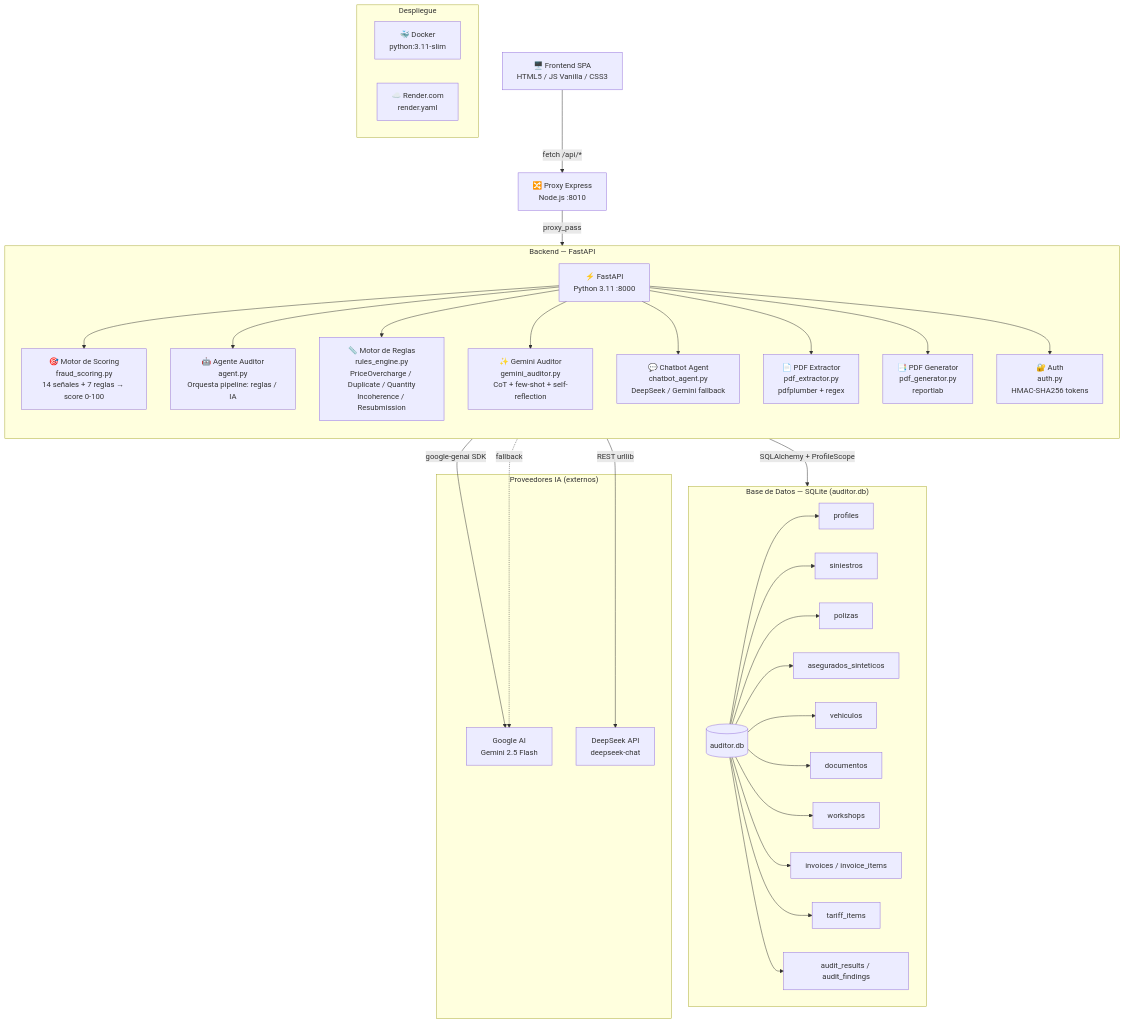
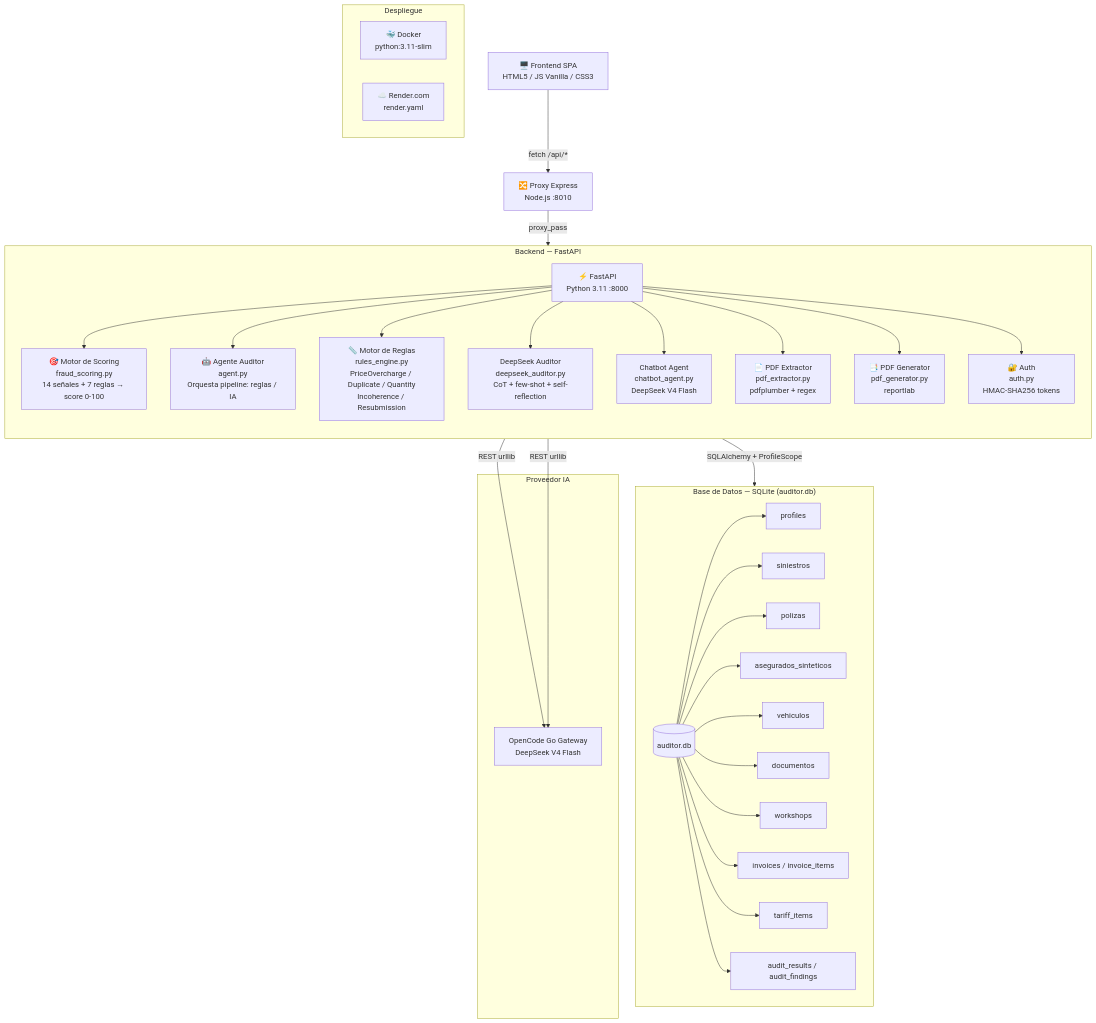
The first of 2 diagrams in docs/diagramas/diagrama_arquitectura.md (yosuSALA/Final-reto), drawn with Mermaid before and after one commit. The commit also changed 46 other files, not shown here.

Commit message:
Demo final: arranque portable, generador manual/auto, auditoria IA DeepSeek, guia paso a paso corregida, docs actualizados

````diff
--- a/docs/diagramas/diagrama_arquitectura.md
+++ b/docs/diagramas/diagrama_arquitectura.md
@@ -7,51 +7,49 @@
 ```mermaid
 graph TD
     UI["🖥️ Frontend SPA\nHTML5 / JS Vanilla / CSS3"]
     PROXY["🔀 Proxy Express\nNode.js :8010"]
     API["⚡ FastAPI\nPython 3.11 :8000"]
 
     UI -->|"fetch /api/*"| PROXY
     PROXY -->|"proxy_pass"| API
 
     subgraph BackendFastAPI["Backend — FastAPI"]
         direction TB
         API --> FraudEngine["🎯 Motor de Scoring\nfraud_scoring.py\n14 señales + 7 reglas → score 0-100"]
         API --> AuditAgent["🤖 Agente Auditor\nagent.py\nOrquesta pipeline: reglas / IA"]
         API --> RulesEngine["📏 Motor de Reglas\nrules_engine.py\nPriceOvercharge / Duplicate / Quantity\nIncoherence / Resubmission"]
-        API --> GeminiAuditor["✨ Gemini Auditor\ngemini_auditor.py\nCoT + few-shot + self-reflection"]
-        API --> Chatbot["💬 Chatbot Agent\nchatbot_agent.py\nDeepSeek / Gemini fallback"]
+        API --> DeepSeekAuditor["DeepSeek Auditor\ndeepseek_auditor.py\nCoT + few-shot + self-reflection"]
+        API --> Chatbot["Chatbot Agent\nchatbot_agent.py\nDeepSeek V4 Flash"]
         API --> PDFExtractor["📄 PDF Extractor\npdf_extractor.py\npdfplumber + regex"]
         API --> PDFGen["📑 PDF Generator\npdf_generator.py\nreportlab"]
         API --> Auth["🔐 Auth\nauth.py\nHMAC-SHA256 tokens"]
     end
 
     subgraph BaseDatos["Base de Datos — SQLite (auditor.db)"]
         direction LR
         DB[(auditor.db)]
         DB --> T1["profiles"]
         DB --> T2["siniestros"]
         DB --> T3["polizas"]
         DB --> T4["asegurados_sinteticos"]
         DB --> T5["vehiculos"]
         DB --> T6["documentos"]
         DB --> T7["workshops"]
         DB --> T8["invoices / invoice_items"]
         DB --> T9["tariff_items"]
         DB --> T10["audit_results / audit_findings"]
     end
 
-    subgraph IAProv["Proveedores IA (externos)"]
-        G["Google AI\nGemini 2.5 Flash"]
-        D["DeepSeek API\ndeepseek-chat"]
+    subgraph IAProv["Proveedor IA"]
+        D["OpenCode Go Gateway\nDeepSeek V4 Flash"]
     end
 
     API -->|"SQLAlchemy + ProfileScope"| DB
-    GeminiAuditor -->|"google-genai SDK"| G
+    DeepSeekAuditor -->|"REST urllib"| D
     Chatbot -->|"REST urllib"| D
-    Chatbot -.->|"fallback"| G
 
     subgraph Despliegue["Despliegue"]
         DOCKER["🐳 Docker\npython:3.11-slim"]
         RENDER["☁️ Render.com\nrender.yaml"]
     end
 ```
````
